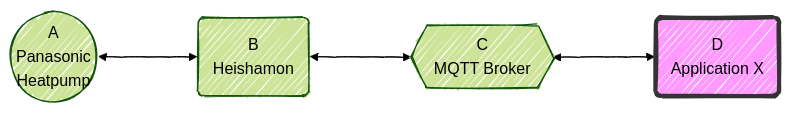
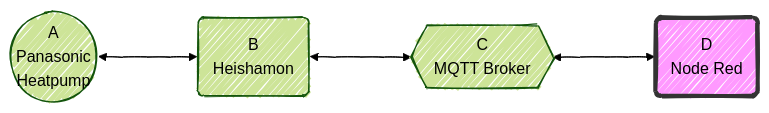
One commit to edterbak/NodeRed2 changed the diagram in readme.md. Above: the diagram before and after it, drawn with Mermaid. The commit also changed other lines of this file, not shown here.

````diff
--- a/readme.md
+++ b/readme.md
@@ -68,17 +68,17 @@
 ```mermaid
 ---
 config:
   look: handDrawn
   theme: forest
 ---
 flowchart LR
     A((A
 		Panasonic    
 		Heatpump)) <---> B(B
 		Heishamon)
 	B <---> C{{C
 		MQTT Broker}}
     C <---> D(D
-		Application X)
+		Node Red)
 	style D fill:#f9f,stroke:#333,stroke-width:4px
 ```
````
